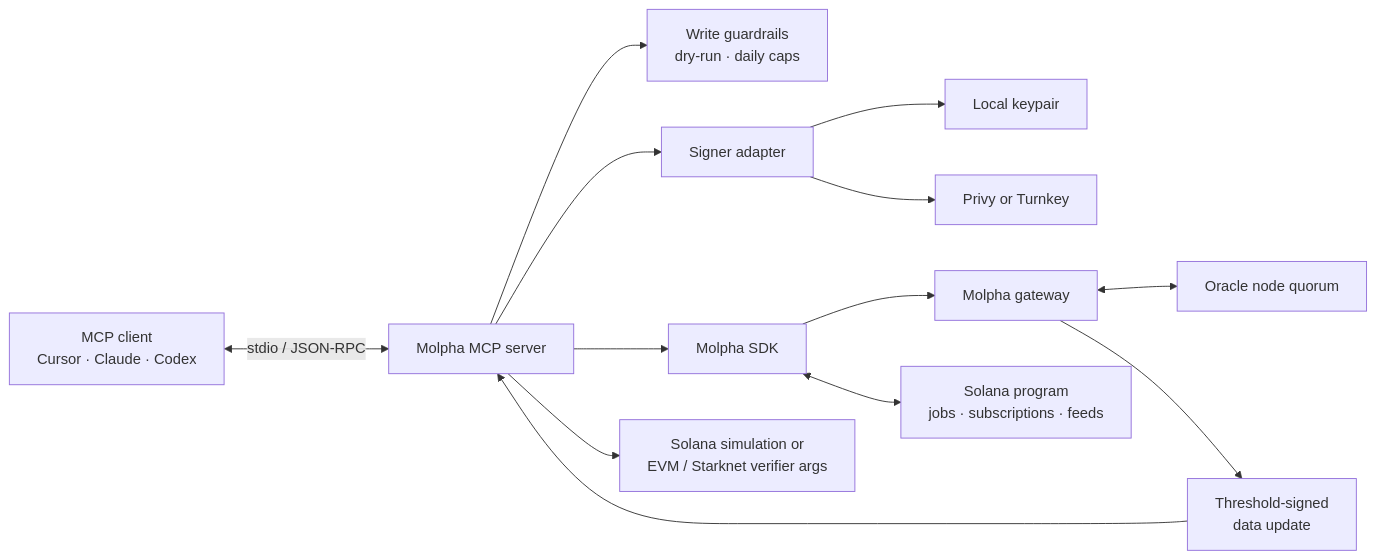
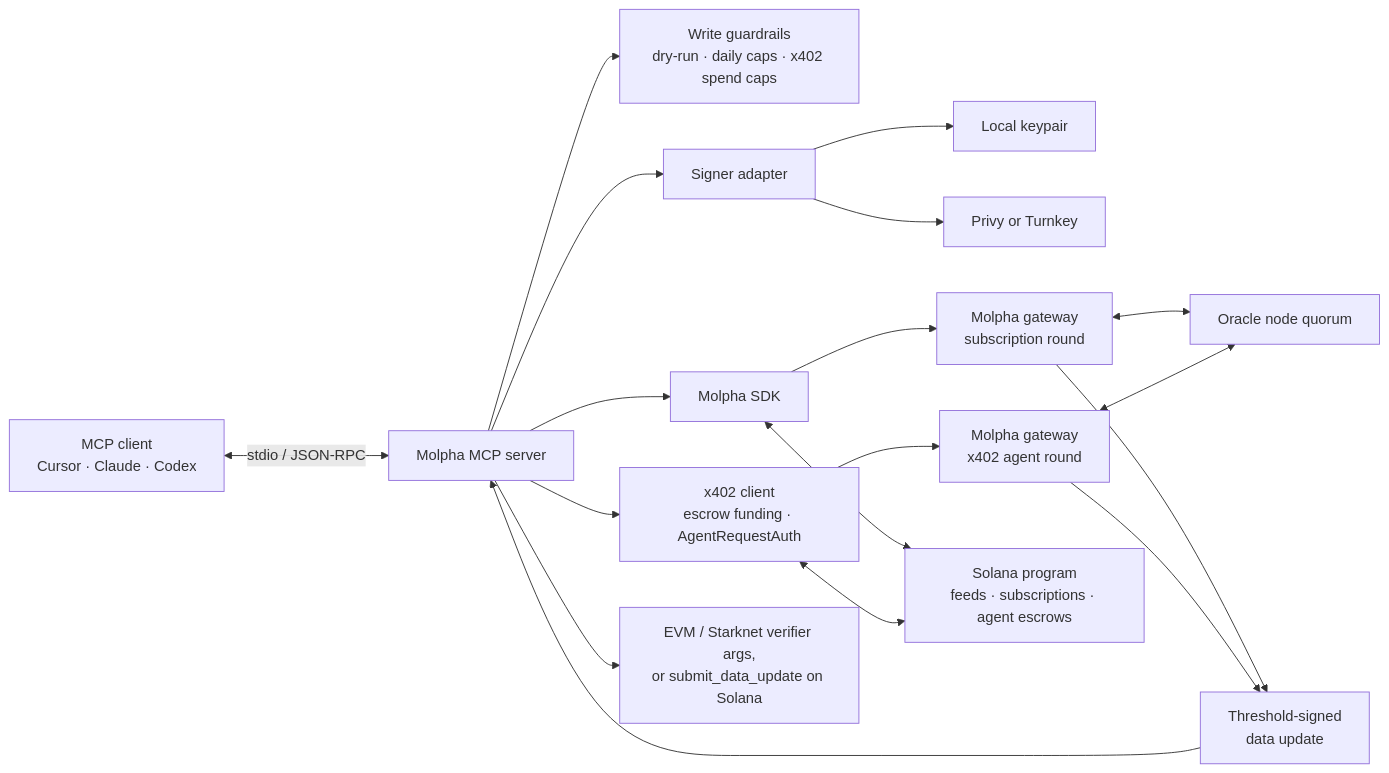
One commit to Molpha/mcp changed the diagram in README.md. Above: the diagram before and after it, drawn with Mermaid. The commit also changed other lines of this file and 50 other files, not shown here.

````diff
--- a/README.md
+++ b/README.md
@@ -158,15 +183,20 @@
 ```mermaid
 flowchart LR
     Client["MCP client<br/>Cursor · Claude · Codex"] <-->|"stdio / JSON-RPC"| Server["Molpha MCP server"]
-    Server --> Guardrails["Write guardrails<br/>dry-run · daily caps"]
+    Server --> Guardrails["Write guardrails<br/>dry-run · daily caps · x402 spend caps"]
     Server --> Signer["Signer adapter"]
     Signer --> Memory["Local keypair"]
     Signer --> Keychain["Privy or Turnkey"]
     Server --> SDK["Molpha SDK"]
-    SDK --> Gateway["Molpha gateway"]
+    Server --> X402["x402 client<br/>escrow funding · AgentRequestAuth"]
+    SDK --> Gateway["Molpha gateway<br/>subscription round"]
+    X402 --> Gateway2["Molpha gateway<br/>x402 agent round"]
     Gateway <--> Nodes["Oracle node quorum"]
-    SDK <--> Solana["Solana program<br/>jobs · subscriptions · feeds"]
+    Gateway2 <--> Nodes
+    SDK <--> Solana["Solana program<br/>feeds · subscriptions · agent escrows"]
+    X402 <--> Solana
     Gateway --> Artifact["Threshold-signed<br/>data update"]
+    Gateway2 --> Artifact
     Artifact --> Server
-    Server --> Args["Solana simulation or<br/>EVM / Starknet verifier args"]
+    Server --> Args["EVM / Starknet verifier args,<br/>or submit_data_update on Solana"]
 ```
````
